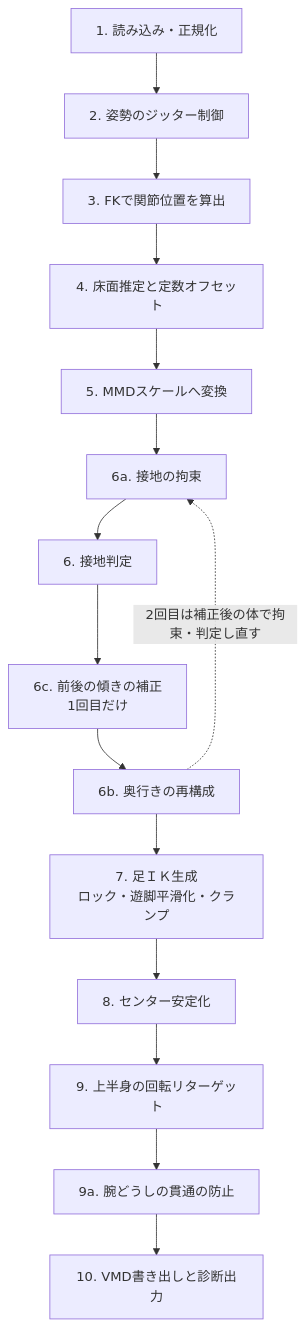
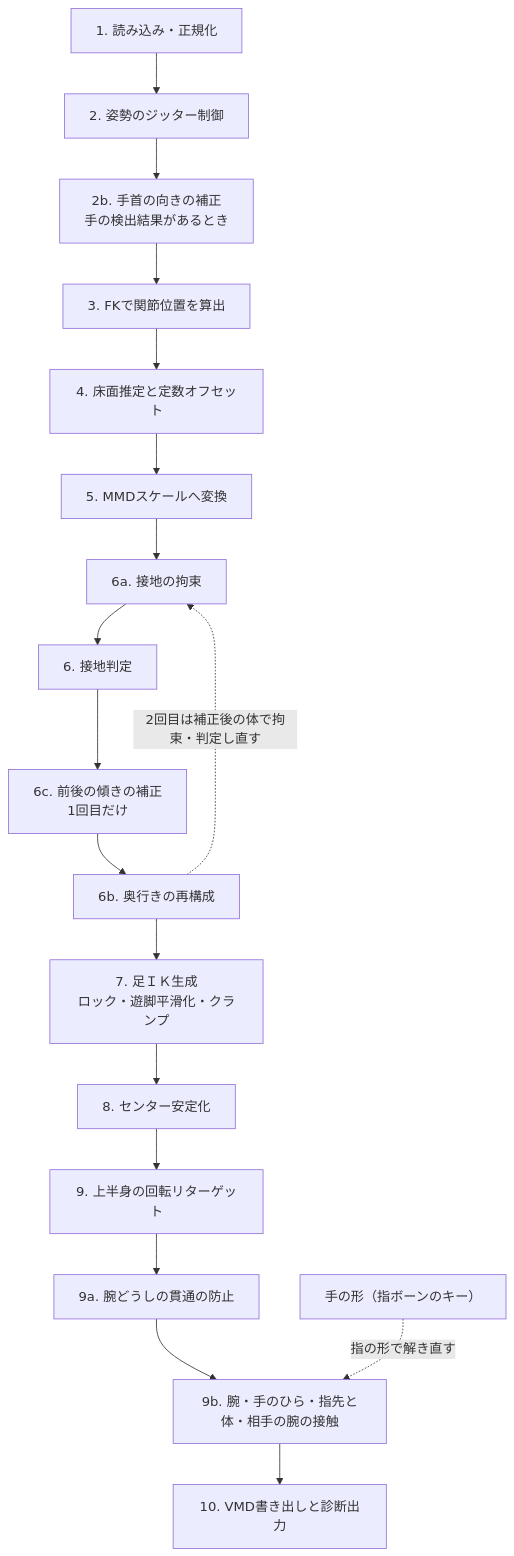
Before and after one commit to yamak493/nlf: the diagram in vmd.md, drawn with Mermaid. The commit also changed other lines of this file and 26 other files, not shown here.

````diff
--- a/vmd.md
+++ b/vmd.md
@@ -7,17 +7,20 @@
 ```mermaid
 flowchart TD
   A[1. 読み込み・正規化] --> B[2. 姿勢のジッター制御]
-  B --> C[3. FKで関節位置を算出]
+  B --> B2[2b. 手首の向きの補正<br/>手の検出結果があるとき]
+  B2 --> C[3. FKで関節位置を算出]
   C --> D[4. 床面推定と定数オフセット]
   D --> E[5. MMDスケールへ変換]
   E --> F0[6a. 接地の拘束]
   F0 --> F[6. 接地判定]
   F --> F3[6c. 前後の傾きの補正<br/>1回目だけ]
   F3 --> F2[6b. 奥行きの再構成]
   F2 -. 2回目は補正後の体で拘束・判定し直す .-> F0
   F2 --> G[7. 足ＩＫ生成<br/>ロック・遊脚平滑化・クランプ]
   G --> H[8. センター安定化]
   H --> I[9. 上半身の回転リターゲット]
   I --> I2[9a. 腕どうしの貫通の防止]
-  I2 --> J[10. VMD書き出しと診断出力]
+  I2 --> I3[9b. 腕・手のひら・指先と体・相手の腕の接触]
+  I3 --> J[10. VMD書き出しと診断出力]
+  K[手の形（指ボーンのキー）] -. 指の形で解き直す .-> I3
 ```
````
